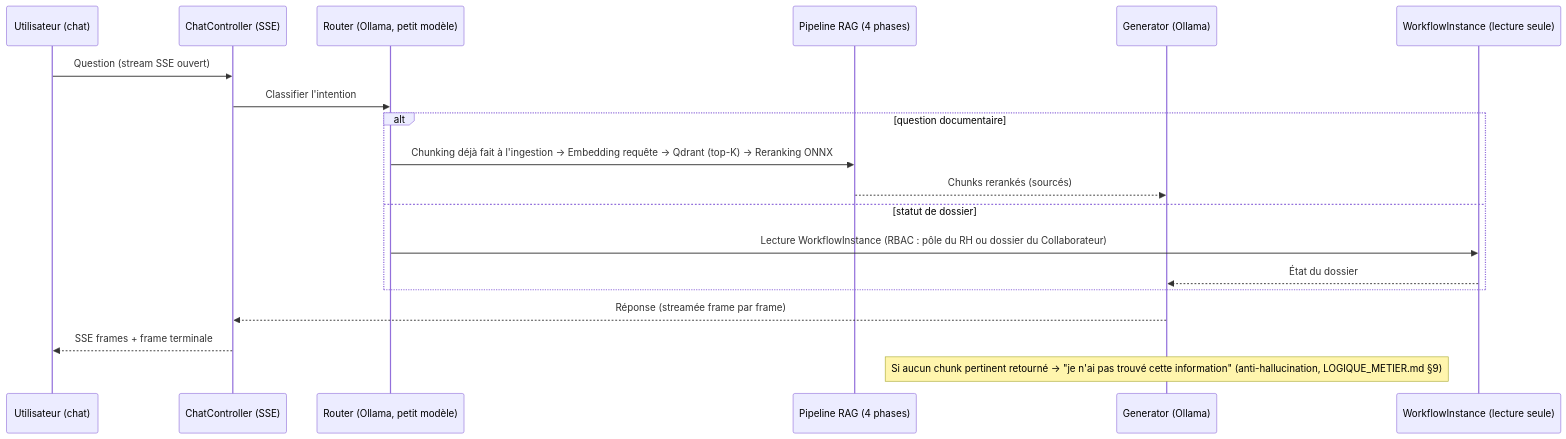
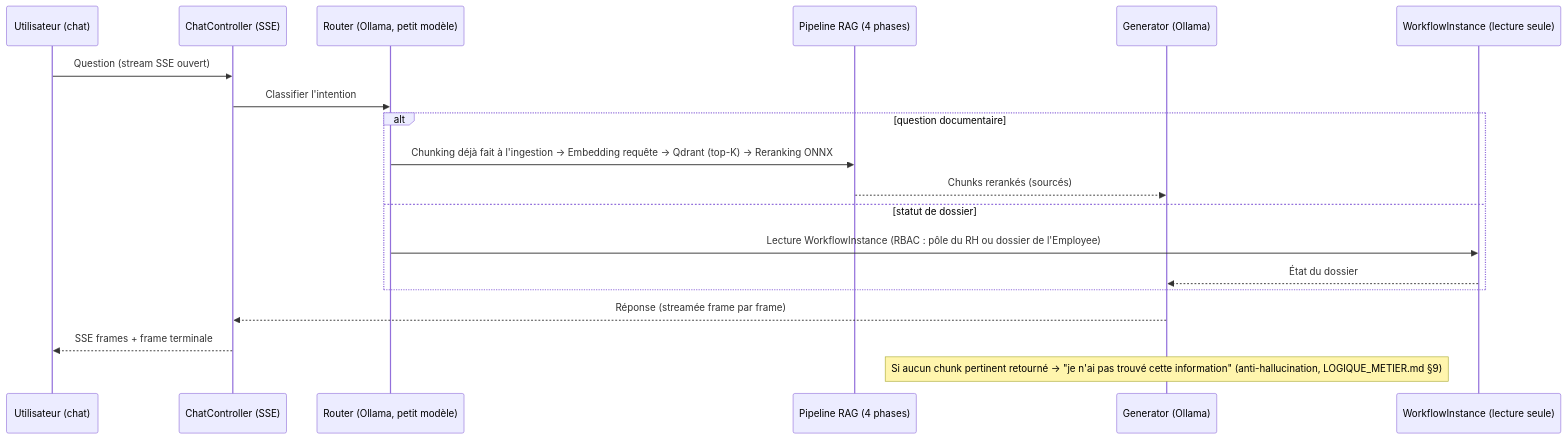
The fourth of 5 diagrams in docs/ARCHITECTURE.md (wekt2k04/arhia), drawn with Mermaid before and after one commit. The commit also changed other lines of this file and 21 other files, not shown here.

````diff
--- a/docs/ARCHITECTURE.md
+++ b/docs/ARCHITECTURE.md
@@ -120,22 +120,22 @@
 ```mermaid
 sequenceDiagram
     participant U as Utilisateur (chat)
     participant Api as ChatController (SSE)
     participant Router as Router (Ollama, petit modèle)
     participant RAG as Pipeline RAG (4 phases)
     participant Gen as Generator (Ollama)
     participant Stat as WorkflowInstance (lecture seule)
 
     U->>Api: Question (stream SSE ouvert)
     Api->>Router: Classifier l'intention
     alt question documentaire
         Router->>RAG: Chunking déjà fait à l'ingestion → Embedding requête → Qdrant (top-K) → Reranking ONNX
         RAG-->>Gen: Chunks rerankés (sourcés)
     else statut de dossier
-        Router->>Stat: Lecture WorkflowInstance (RBAC : pôle du RH ou dossier du Collaborateur)
+        Router->>Stat: Lecture WorkflowInstance (RBAC : pôle du RH ou dossier de l'Employee)
         Stat-->>Gen: État du dossier
     end
     Gen-->>Api: Réponse (streamée frame par frame)
     Api-->>U: SSE frames + frame terminale
     Note over Gen: Si aucun chunk pertinent retourné → "je n'ai pas trouvé cette information" (anti-hallucination, LOGIQUE_METIER.md §9)
 ```
````
